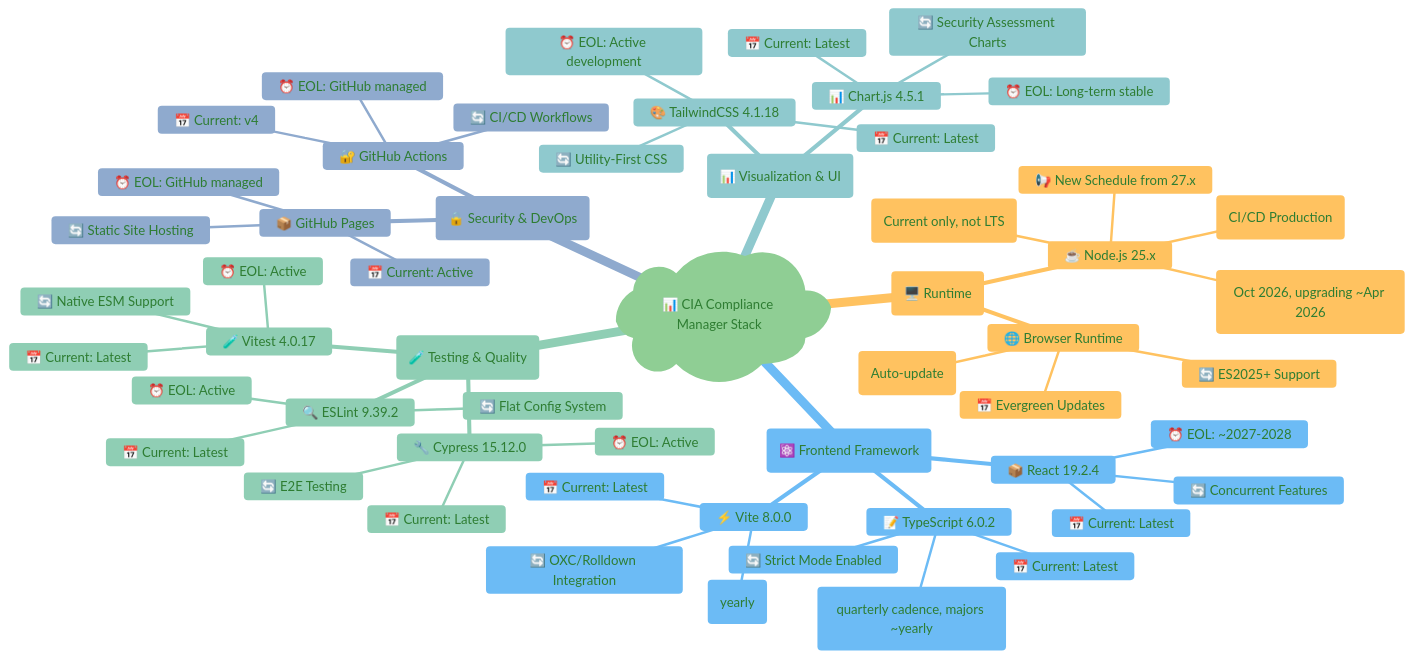
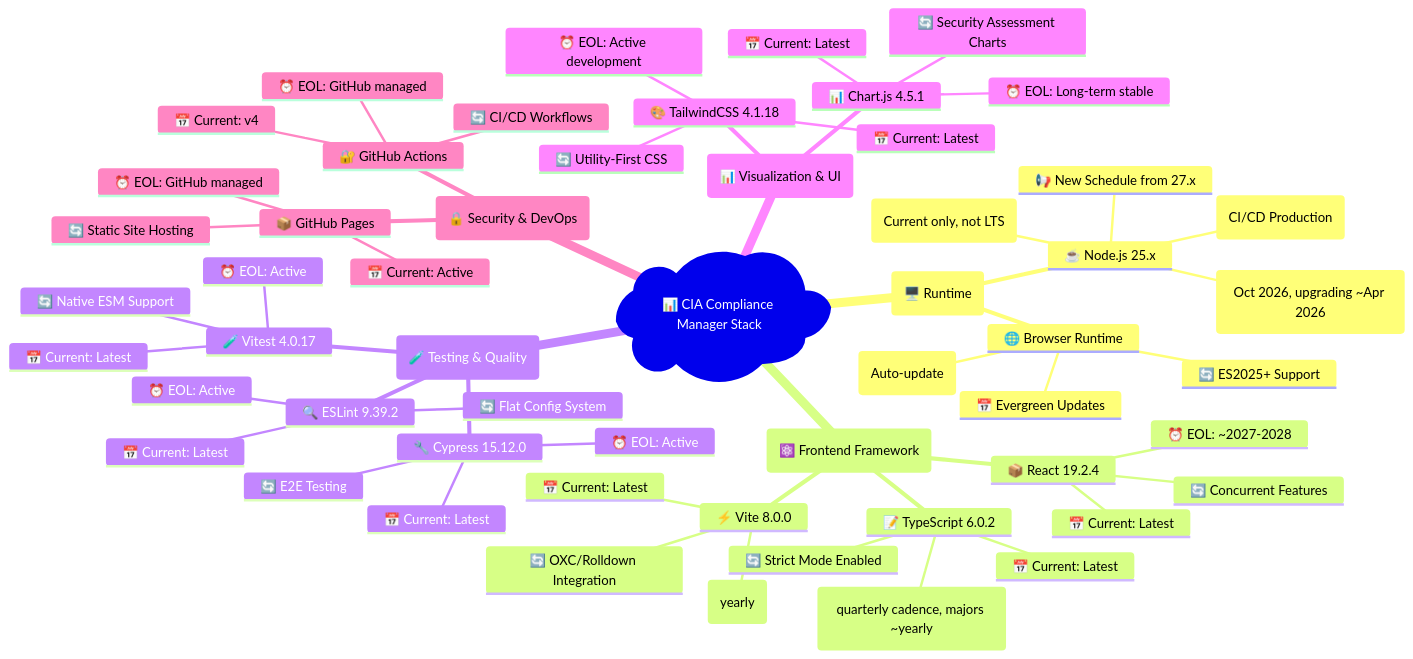
The first of 9 diagrams in docs/End-of-Life-Strategy.md (Hack23/cia-compliance-manager), drawn with Mermaid before and after one commit. The commit also changed other lines of this file and 18 other files, not shown here.

````diff
--- a/docs/End-of-Life-Strategy.md
+++ b/docs/End-of-Life-Strategy.md
@@ -51,70 +51,63 @@
 ```mermaid
 %%{
   init: {
-    'theme': 'base',
-    'themeVariables': {
-      'primaryColor': '#e8f5e9',
-      'primaryTextColor': '#2e7d32',
-      'lineColor': '#4caf50',
-      'secondaryColor': '#fff3e0',
-      'tertiaryColor': '#e3f2fd'
-    }
-  }
+    'theme': 'neutral',
+}
 }%%
 mindmap
   root)📊 CIA Compliance Manager Stack(
     (🖥️ Runtime)
       ☕ Node.js 25.x
         📅 Current: 25.x (CI/CD Production)
         ⏰ Node 25 EOL: Apr 2026 (Current only, not LTS)
         🔄 Next LTS: Node 26 (Oct 2026, upgrading ~Apr 2026)
         📢 New Schedule from 27.x
       🌐 Browser Runtime
         📅 Evergreen Updates
         ⏰ EOL: N/A (Auto-update)
         🔄 ES2025+ Support
     (⚛️ Frontend Framework)
       📦 React 19.2.4
         📅 Current: Latest
         ⏰ EOL: ~2027-2028
         🔄 Concurrent Features
       📝 TypeScript 6.0.2
         📅 Current: Latest
         ⏰ EOL: Active (quarterly cadence, majors ~yearly)
         🔄 Strict Mode Enabled
       ⚡ Vite 8.0.0
         📅 Current: Latest
         ⏰ EOL: Active (yearly)
         🔄 OXC/Rolldown Integration
     (🧪 Testing & Quality)
       🧪 Vitest 4.0.17
         📅 Current: Latest
         ⏰ EOL: Active
         🔄 Native ESM Support
       🔧 Cypress 15.12.0
         📅 Current: Latest
         ⏰ EOL: Active
         🔄 E2E Testing
       🔍 ESLint 9.39.2
         📅 Current: Latest
         ⏰ EOL: Active
         🔄 Flat Config System
     (📊 Visualization & UI)
       📊 Chart.js 4.5.1
         📅 Current: Latest
         ⏰ EOL: Long-term stable
         🔄 Security Assessment Charts
       🎨 TailwindCSS 4.1.18
         📅 Current: Latest
         ⏰ EOL: Active development
         🔄 Utility-First CSS
     (🔒 Security & DevOps)
       🔐 GitHub Actions
         📅 Current: v4
         ⏰ EOL: GitHub managed
         🔄 CI/CD Workflows
       📦 GitHub Pages
         📅 Current: Active
         ⏰ EOL: GitHub managed
         🔄 Static Site Hosting
 ```
````
